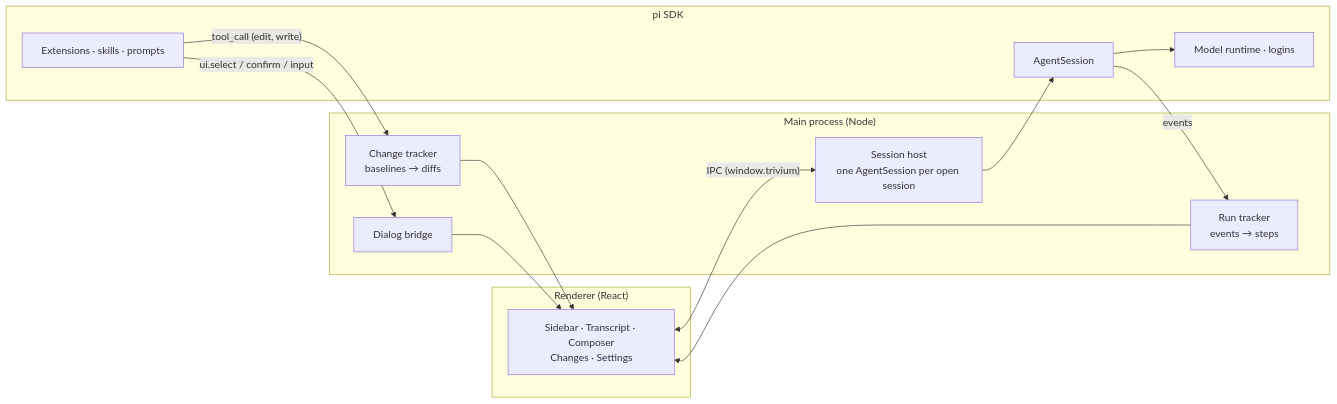
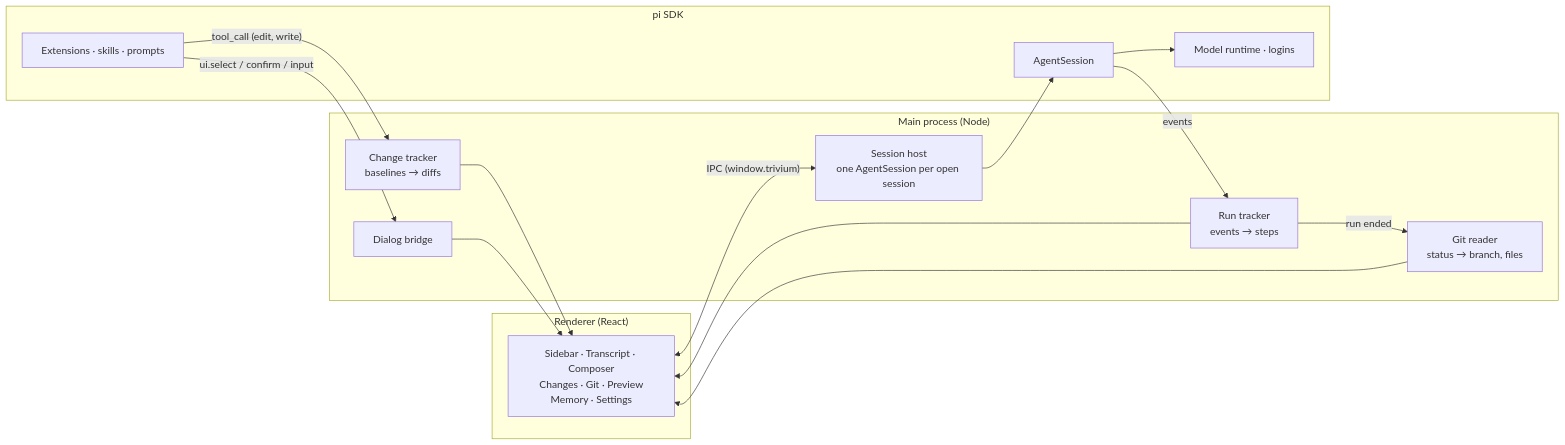
The diagram in README.md (SkarnerV/Trivium), drawn with Mermaid before and after one commit. The commit also changed other lines of this file, not shown here.

````diff
--- a/README.md
+++ b/README.md
@@ -160,23 +197,25 @@
 ```mermaid
 flowchart LR
   subgraph Window["Renderer (React)"]
-    UI["Sidebar · Transcript · Composer<br/>Changes · Settings"]
+    UI["Sidebar · Transcript · Composer<br/>Changes · Git · Preview<br/>Memory · Settings"]
   end
   subgraph Main["Main process (Node)"]
     Host["Session host<br/>one AgentSession per open session"]
     Tracker["Run tracker<br/>events → steps"]
     Changes["Change tracker<br/>baselines → diffs"]
+    Git["Git reader<br/>status → branch, files"]
     Dialogs["Dialog bridge"]
   end
   subgraph Pi["pi SDK"]
     Session["AgentSession"]
     Ext["Extensions · skills · prompts"]
     Models["Model runtime · logins"]
   end
   UI <-- "IPC (window.trivium)" --> Host
   Host --> Session
   Session -- events --> Tracker --> UI
   Ext -- "tool_call (edit, write)" --> Changes --> UI
+  Tracker -- "run ended" --> Git --> UI
   Ext -- "ui.select / confirm / input" --> Dialogs --> UI
   Session --> Models
 ```
````
